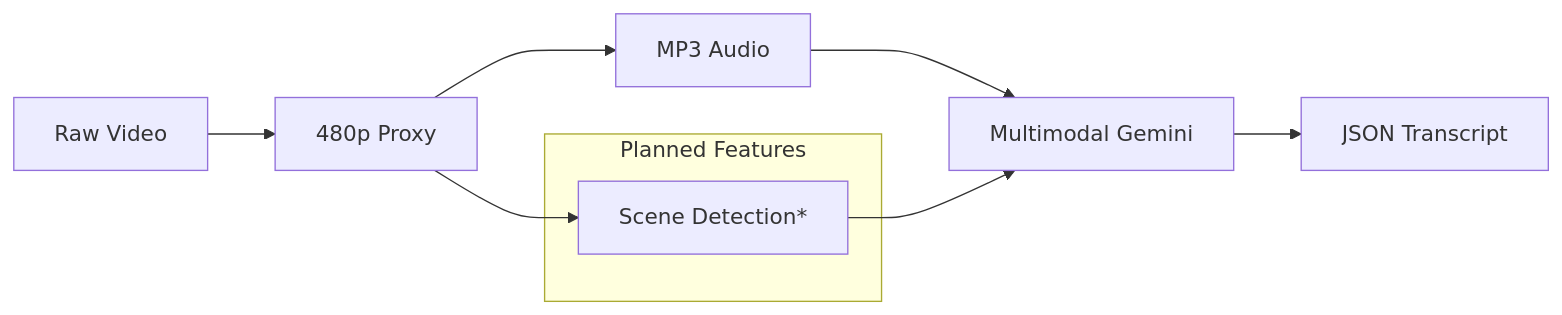
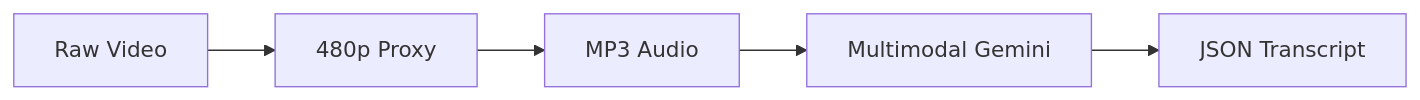
Before and after one commit to navidshad/vgtu-video-summarization: the second of 5 diagrams in docs/architecture.md, drawn with Mermaid. The commit also changed other lines of this file and 3 other files, not shown here.

Commit message:
docs: Integrate scene detection into the timeline builder and shift sample data provision to external downloads, removing the local download script. #86ewmhce8

````diff
--- a/docs/architecture.md
+++ b/docs/architecture.md
@@ -28,13 +28,7 @@
 ```mermaid
 graph LR
     Video[Raw Video] --> Target[480p Proxy]
     Target --> Audio[MP3 Audio]
-    Target --> Vision[Scene Detection*]
     Audio --> Gemini[Multimodal Gemini]
-    Vision --> Gemini
     Gemini --> Transcript[JSON Transcript]
-    
-    subgraph "Planned Features"
-    Vision
-    end
 ```
````
